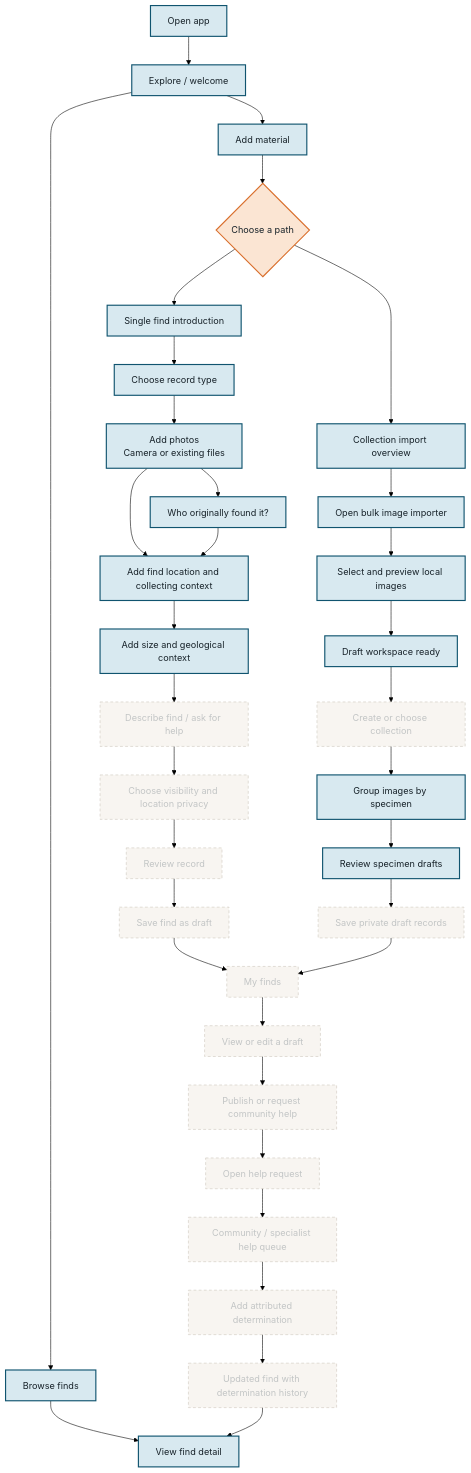
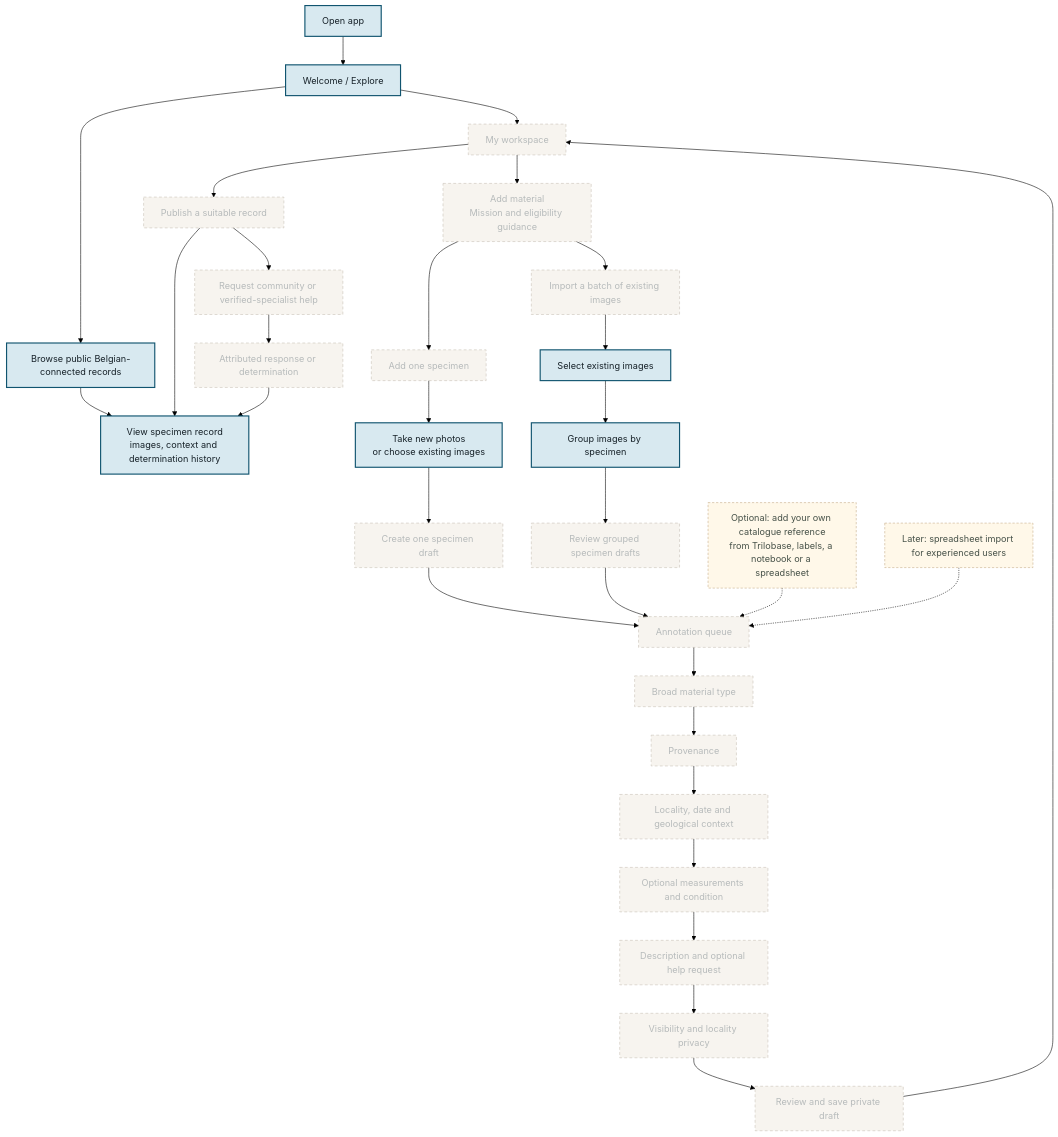
The diagram in docs/prototype-flow.md (HelEvX/belgian-finds-prototype), drawn with Mermaid (forest theme) before and after one commit. The commit also changed other lines of this file and 1 other file, not shown here.

Commit message:
change prototype ux flow

````diff
--- a/docs/prototype-flow.md
+++ b/docs/prototype-flow.md
@@ -1,62 +1,55 @@
 ```mermaid
 flowchart TD
-    START["Open app"] --> HOME["Explore / welcome"]
+    OPEN["Open app"] --> EXPLORE["Welcome / Explore"]
 
-    %% Explore journey
-    HOME --> BROWSE["Browse finds"]
-    BROWSE --> DETAIL["View find detail"]
-    HOME --> ADD["Add material"]
+    EXPLORE --> BROWSE["Browse public Belgian-connected records"]
+    BROWSE --> DETAIL["View specimen record
+images, context and determination history"]
 
-    %% Add journey
-    ADD --> METHOD{"Choose a path"}
+    EXPLORE --> WORKSPACE["My workspace"]
+    WORKSPACE --> ADD["Add material
+Mission and eligibility guidance"]
 
-    METHOD --> SINGLE_INTRO["Single find introduction"]
-    SINGLE_INTRO --> RECORD_TYPE["Choose record type"]
+    ADD --> ONE["Add one specimen"]
+    ADD --> BATCH["Import a batch of existing images"]
 
-    METHOD --> COLLECTION_INTRO["Collection import overview"]
-    COLLECTION_INTRO --> BULK_MODAL["Open bulk image importer"]
-    BULK_MODAL --> LOCAL_IMAGES["Select and preview local images"]
-    LOCAL_IMAGES --> BATCH_READY["Draft workspace ready"]
+    ONE --> ONE_IMAGES["Take new photos
+or choose existing images"]
+    ONE_IMAGES --> ONE_DRAFT["Create one specimen draft"]
 
-    %% Planned single-find flow
-    RECORD_TYPE --> PHOTOS["Add photos
-    Camera or existing files"]
-    PHOTOS --> CONTEXT["Add provenance and location"]
-    PHOTOS --> PROVENANCE["Who originally found it?"]
-    PROVENANCE --> CONTEXT["Add find location and collecting context"]
-    CONTEXT --> DETAILS["Add size and geological context"]
-    DETAILS --> QUESTION["Describe find / ask for help"]
-    QUESTION --> PRIVACY["Choose visibility and location privacy"]
-    PRIVACY --> REVIEW["Review record"]
-    REVIEW --> SAVE_DRAFT["Save find as draft"]
+    BATCH --> BATCH_IMAGES["Select existing images"]
+    BATCH_IMAGES --> GROUP["Group images by specimen"]
+    GROUP --> BATCH_DRAFTS["Review grouped specimen drafts"]
 
-    %% Planned collection flow
-    BATCH_READY --> COLLECTION_META["Create or choose collection"]
-    COLLECTION_META --> GROUP_IMAGES["Group images by specimen"]
-    GROUP_IMAGES --> REVIEW_BATCH["Review specimen drafts"]
-    REVIEW_BATCH --> SAVE_BATCH["Save private draft records"]
+    ONE_DRAFT --> QUEUE["Annotation queue"]
+    BATCH_DRAFTS --> QUEUE
 
-    %% Planned personal collection area
-    SAVE_DRAFT --> MY_FINDS["My finds"]
-    SAVE_BATCH --> MY_FINDS
-    MY_FINDS --> EDIT_FIND["View or edit a draft"]
-    EDIT_FIND --> PUBLISH["Publish or request community help"]
+    QUEUE --> RECORD_TYPE["Broad material type"]
+    RECORD_TYPE --> PROVENANCE["Provenance"]
+    PROVENANCE --> CONTEXT["Locality, date and geological context"]
+    CONTEXT --> MEASURE["Optional measurements and condition"]
+    MEASURE --> DESCRIPTION["Description and optional help request"]
+    DESCRIPTION --> PRIVACY["Visibility and locality privacy"]
+    PRIVACY --> REVIEW["Review and save private draft"]
+    REVIEW --> WORKSPACE
 
-    %% Planned human determination flow
-    PUBLISH --> HELP_REQUEST["Open help request"]
-    HELP_REQUEST --> HELP_QUEUE["Community / specialist help queue"]
-    HELP_QUEUE --> RESPONSE["Add attributed determination"]
-    RESPONSE --> UPDATED_FIND["Updated find with determination history"]
-    UPDATED_FIND --> DETAIL
+    WORKSPACE --> PUBLISH["Publish a suitable record"]
+    PUBLISH --> DETAIL
 
-    %% Implemented styles
-    classDef done fill:#d8e9f0,stroke:#10546f,color:#172229,stroke-width:2px;
-    classDef doneDecision fill:#fbe5d3,stroke:#d96f2d,color:#172229,stroke-width:2px;
+    PUBLISH --> HELP["Request community or verified-specialist help"]
+    HELP --> RESPONSE["Attributed response or determination"]
+    RESPONSE --> DETAIL
 
-    %% Planned styles
-    classDef planned fill:#f3efe7,stroke:#a99c8c,color:#5a6870,stroke-width:1px,stroke-dasharray:5 4,opacity:0.58;
+    OPTIONAL_REF["Optional: add your own catalogue reference
+from Trilobase, labels, a notebook or a spreadsheet"] -.-> QUEUE
+    CSV_LATER["Later: spreadsheet import for experienced users"] -.-> QUEUE
 
-    class START,HOME,BROWSE,DETAIL,ADD,SINGLE_INTRO,RECORD_TYPE,COLLECTION_INTRO,BULK_MODAL,LOCAL_IMAGES,BATCH_READY,GROUP_IMAGES,REVIEW_BATCH,PHOTOS,CONTEXT,PROVENANCE,DETAILS done;
-    class METHOD doneDecision;
-    class COLLECTION_META,QUESTION,PRIVACY,REVIEW,SAVE_DRAFT,SAVE_BATCH,MY_FINDS,EDIT_FIND,PUBLISH,HELP_REQUEST,HELP_QUEUE,RESPONSE,UPDATED_FIND planned;
+    classDef core fill:#d8e9f0,stroke:#10546f,color:#172229,stroke-width:2px;
+    classDef planned fill:#f3efe7,stroke:#a99c8c,color:#5a6870,stroke-width:1px,stroke-dasharray:5 4,opacity:0.64;
+    classDef future fill:#fff8e9,stroke:#c4ad89,color:#465148,stroke-width:1px,stroke-dasharray:4 3;
+
+    class OPEN,EXPLORE,BROWSE,DETAIL,ONE_IMAGES,BATCH_IMAGES,GROUP core;
+    class WORKSPACE,ADD,ONE,BATCH,ONE_DRAFT,BATCH_DRAFTS,QUEUE,RECORD_TYPE,PROVENANCE,CONTEXT,MEASURE,DESCRIPTION,PRIVACY,REVIEW,PUBLISH,HELP,RESPONSE planned;
+    class OPTIONAL_REF,CSV_LATER future;
+
 ```
````
